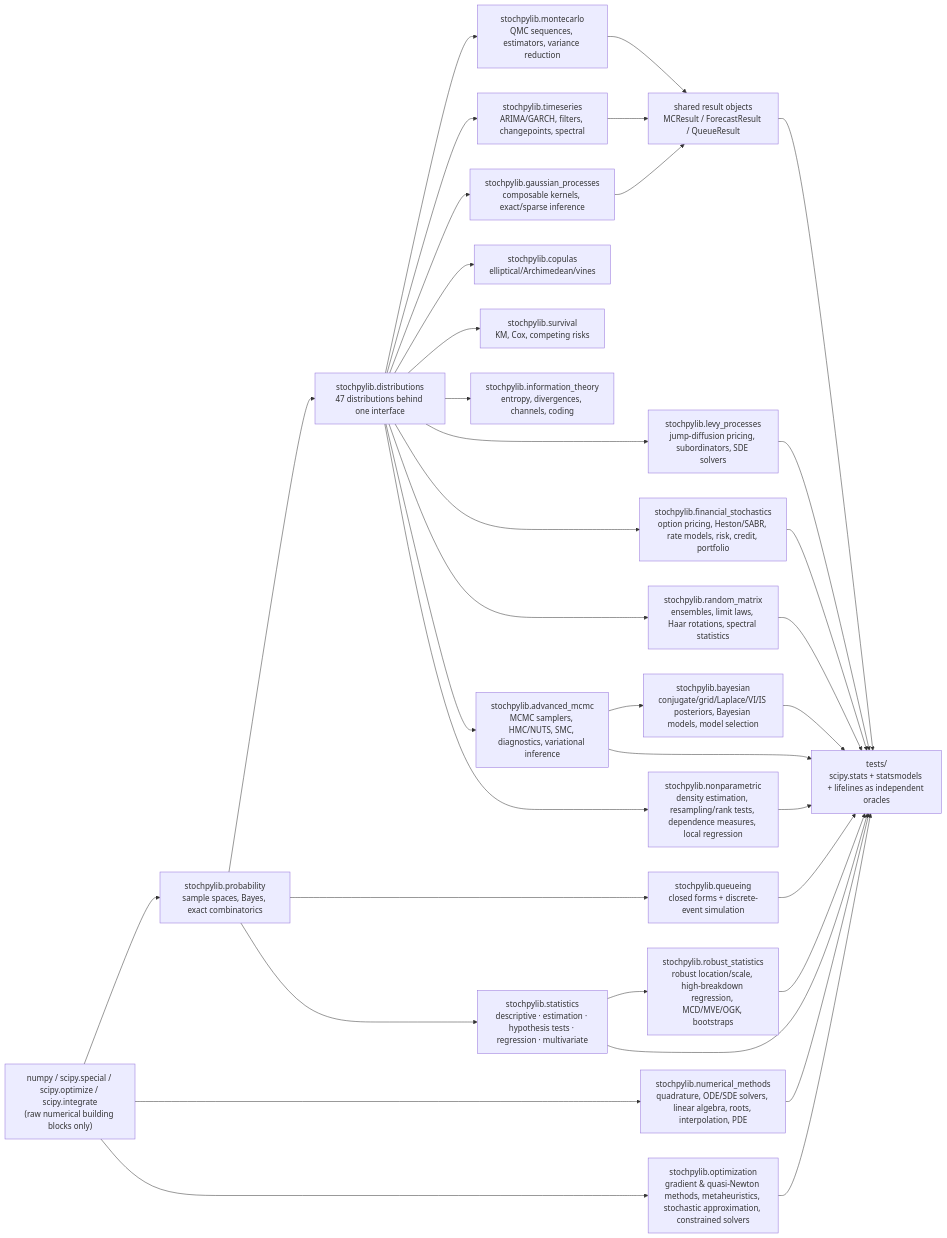
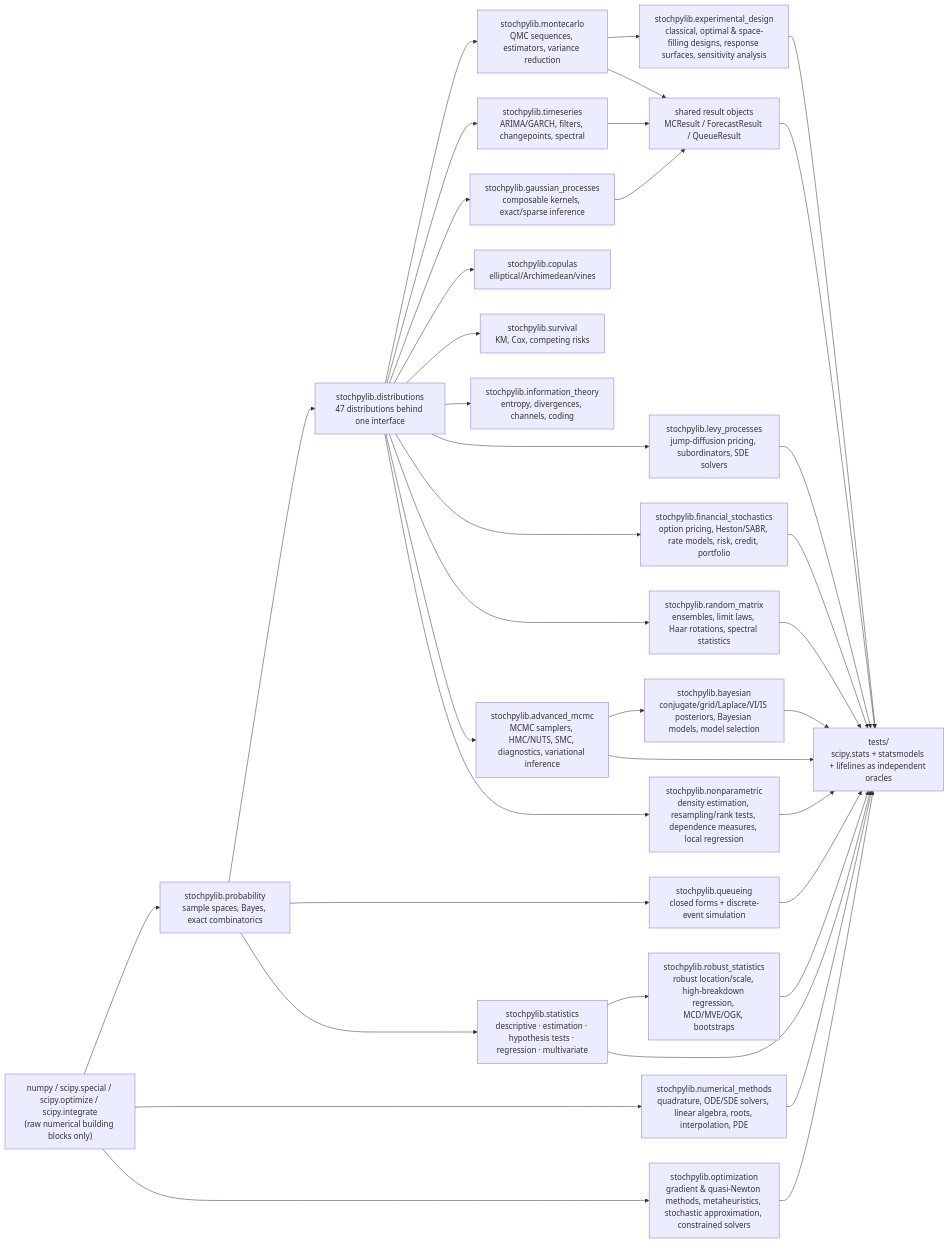
Before and after one commit to leon1706-lol/Stochpylib: the first of 2 diagrams in README.md, drawn with Mermaid. The commit also changed other lines of this file and 38 other files, not shown here.

Commit message:
V0.17.0 experimental_design module

````diff
--- a/README.md
+++ b/README.md
@@ -277,37 +291,39 @@
 ```mermaid
 flowchart LR
     A["numpy / scipy.special / scipy.optimize / scipy.integrate<br/>(raw numerical building blocks only)"] --> B["stochpylib.probability<br/>sample spaces, Bayes, exact combinatorics"]
     B --> C["stochpylib.distributions<br/>47 distributions behind one interface"]
     C --> D["stochpylib.montecarlo<br/>QMC sequences, estimators, variance reduction"]
     C --> E["stochpylib.timeseries<br/>ARIMA/GARCH, filters, changepoints, spectral"]
     C --> F["stochpylib.gaussian_processes<br/>composable kernels, exact/sparse inference"]
     C --> G["stochpylib.copulas<br/>elliptical/Archimedean/vines"]
     C --> H["stochpylib.survival<br/>KM, Cox, competing risks"]
     B --> I["stochpylib.queueing<br/>closed forms + discrete-event simulation"]
     C --> J["stochpylib.information_theory<br/>entropy, divergences, channels, coding"]
     C --> M["stochpylib.levy_processes<br/>jump-diffusion pricing, subordinators, SDE solvers"]
     C --> N["stochpylib.financial_stochastics<br/>option pricing, Heston/SABR, rate models, risk, credit, portfolio"]
     B --> O["stochpylib.statistics<br/>descriptive · estimation · hypothesis tests · regression · multivariate"]
     C --> P["stochpylib.random_matrix<br/>ensembles, limit laws, Haar rotations, spectral statistics"]
     C --> Q["stochpylib.advanced_mcmc<br/>MCMC samplers, HMC/NUTS, SMC, diagnostics, variational inference"]
     A --> R["stochpylib.numerical_methods<br/>quadrature, ODE/SDE solvers, linear algebra, roots, interpolation, PDE"]
     Q --> S["stochpylib.bayesian<br/>conjugate/grid/Laplace/VI/IS posteriors, Bayesian models, model selection"]
     O --> T["stochpylib.robust_statistics<br/>robust location/scale, high-breakdown regression, MCD/MVE/OGK, bootstraps"]
     C --> U["stochpylib.nonparametric<br/>density estimation, resampling/rank tests, dependence measures, local regression"]
     A --> V["stochpylib.optimization<br/>gradient & quasi-Newton methods, metaheuristics, stochastic approximation, constrained solvers"]
+    D --> W["stochpylib.experimental_design<br/>classical, optimal & space-filling designs, response surfaces, sensitivity analysis"]
     D --> K["shared result objects<br/>MCResult / ForecastResult / QueueResult"]
     E --> K
     F --> K
     K --> L["tests/<br/>scipy.stats + statsmodels + lifelines as independent oracles"]
     I --> L
     M --> L
     N --> L
     O --> L
     P --> L
     Q --> L
     R --> L
     S --> L
     T --> L
     U --> L
     V --> L
+    W --> L
 ```
````
